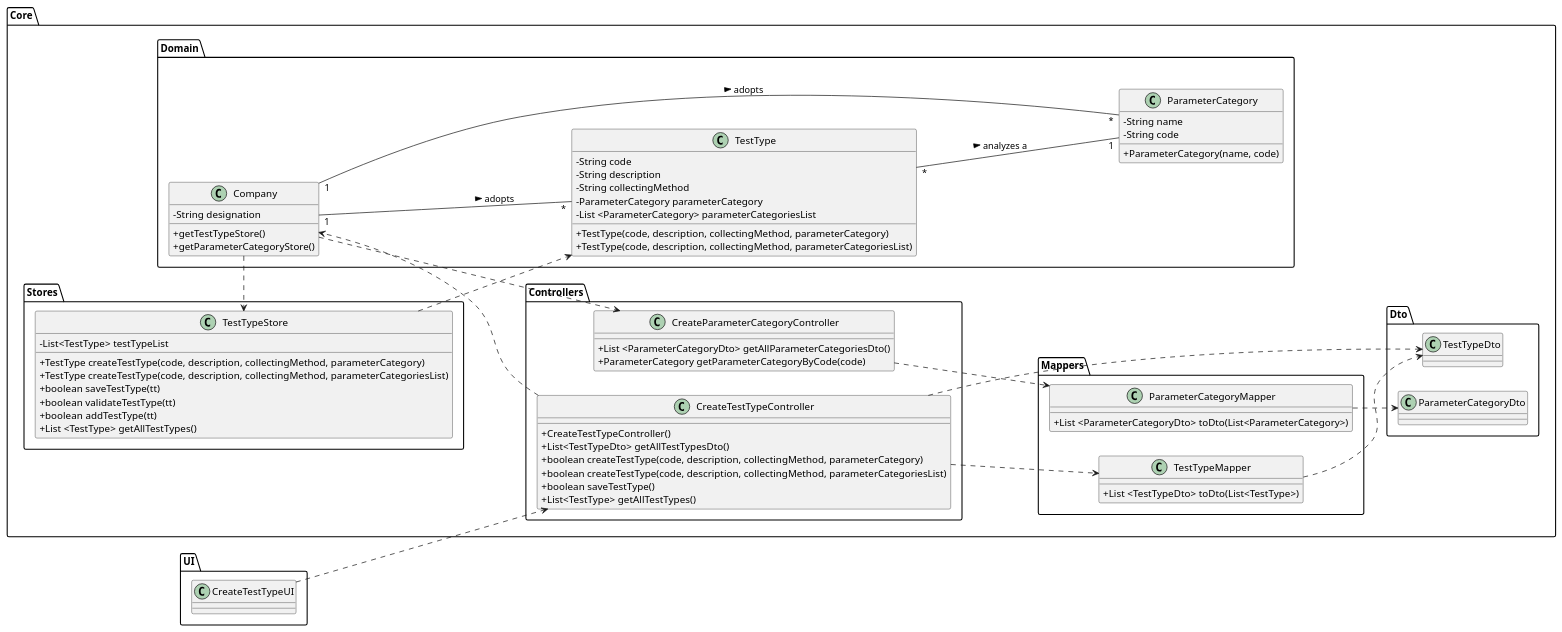
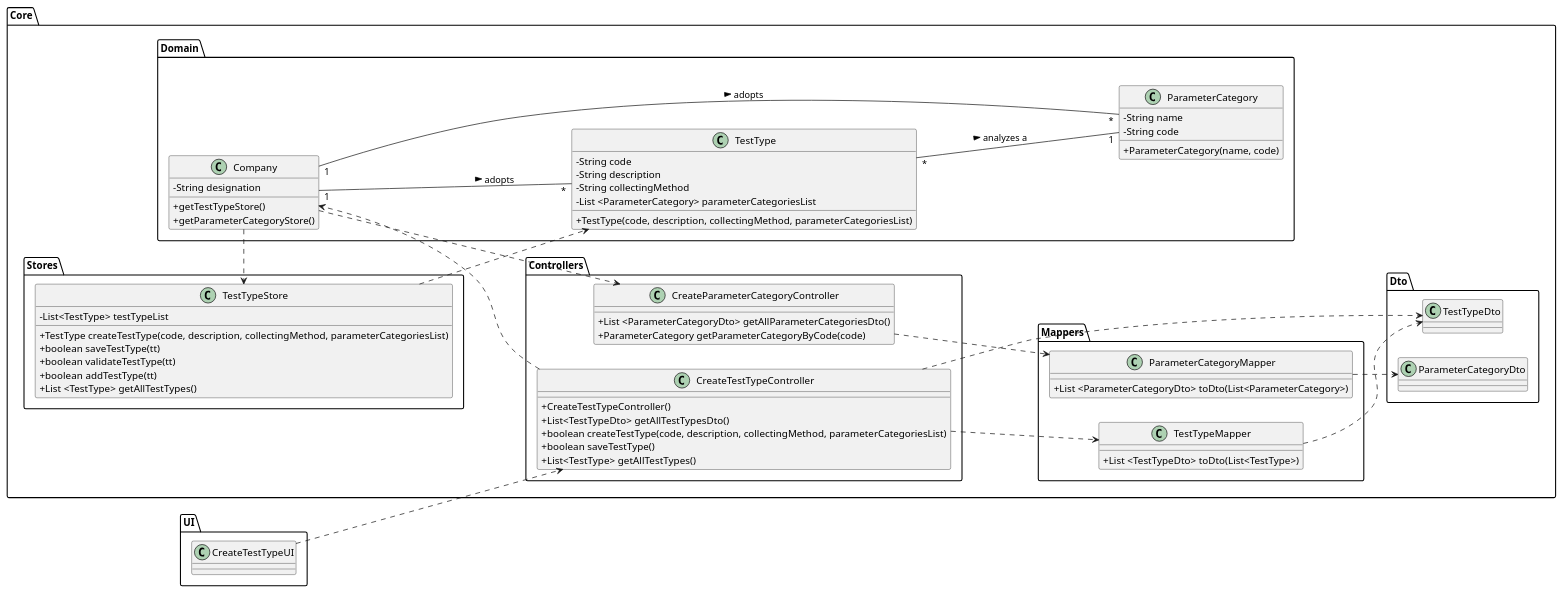
One commit to 0franciscor/lei-21-s2-1de-g19 changed the diagram in docs/SprintC/US09/US09-CD.puml. Above: the diagram before and after it, drawn with PlantUML. The commit also changed 16 other files, not shown here.

Commit message:
[US9] - Alteração da US para que apenas seja possível a existência de listas de Parameter Category

```diff
--- a/docs/SprintC/US09/US09-CD.puml
+++ b/docs/SprintC/US09/US09-CD.puml
@@ -1,108 +1,104 @@
 @startuml
 skinparam classAttributeIconSize 0
 left to right direction
 
 package Core{
 
 package Domain{
 class "Company" as C {
 -String designation
 +getTestTypeStore()
 +getParameterCategoryStore()
 }
 
 class "ParameterCategory" as PC{
 -String name
 -String code
 +ParameterCategory(name, code)
 }
 
 class "TestType" as TT {
 -String code
 -String description
 -String collectingMethod
--ParameterCategory parameterCategory
 -List <ParameterCategory> parameterCategoriesList
-+TestType(code, description, collectingMethod, parameterCategory)
 +TestType(code, description, collectingMethod, parameterCategoriesList)
 }
 
 }
 
 
 
 package Stores{
 class "TestTypeStore" as TTS{
 -List<TestType> testTypeList
-+TestType createTestType(code, description, collectingMethod, parameterCategory)
 +TestType createTestType(code, description, collectingMethod, parameterCategoriesList)
 +boolean saveTestType(tt)
 +boolean validateTestType(tt)
 +boolean addTestType(tt)
 +List <TestType> getAllTestTypes()
 }
 }
 
 
 
 package Controllers{
 class "CreateTestTypeController" as CTTC {
 +CreateTestTypeController()
 +List<TestTypeDto> getAllTestTypesDto()
-+boolean createTestType(code, description, collectingMethod, parameterCategory)
 +boolean createTestType(code, description, collectingMethod, parameterCategoriesList)
 +boolean saveTestType()
 +List<TestType> getAllTestTypes()
 }
 
 
 
 class "CreateParameterCategoryController" as CPCS{
 +List <ParameterCategoryDto> getAllParameterCategoriesDto()
 +ParameterCategory getParameterCategoryByCode(code)
 }
 
 }
 
 package Mappers{
 class "TestTypeMapper" as ttM{
 +List <TestTypeDto> toDto(List<TestType>)
 }
 
 class "ParameterCategoryMapper" as pcM{
 +List <ParameterCategoryDto> toDto(List<ParameterCategory>)
 }
 
 }
 
 
 package Dto{
 class "TestTypeDto" as ttDto{
 }
 
 class "ParameterCategoryDto" as pcDto{
 }
 
 }
 
 }
 package UI{
 class "CreateTestTypeUI" as CTTUI
 }
 
 CTTUI ..> CTTC
 C ..> CPCS
 C ..> TTS
 CTTC ..> C
 CTTC ..> ttM
 CTTC ..> ttDto
 TT "*" -- "1" PC : > analyzes a
 TTS ..> TT
 ttM ..> ttDto
 pcM ..> pcDto
 CPCS ..> pcM
 
 C "1" -- "*" TT : > adopts
 C "1" -- "*" PC : > adopts
 
 @enduml
```
